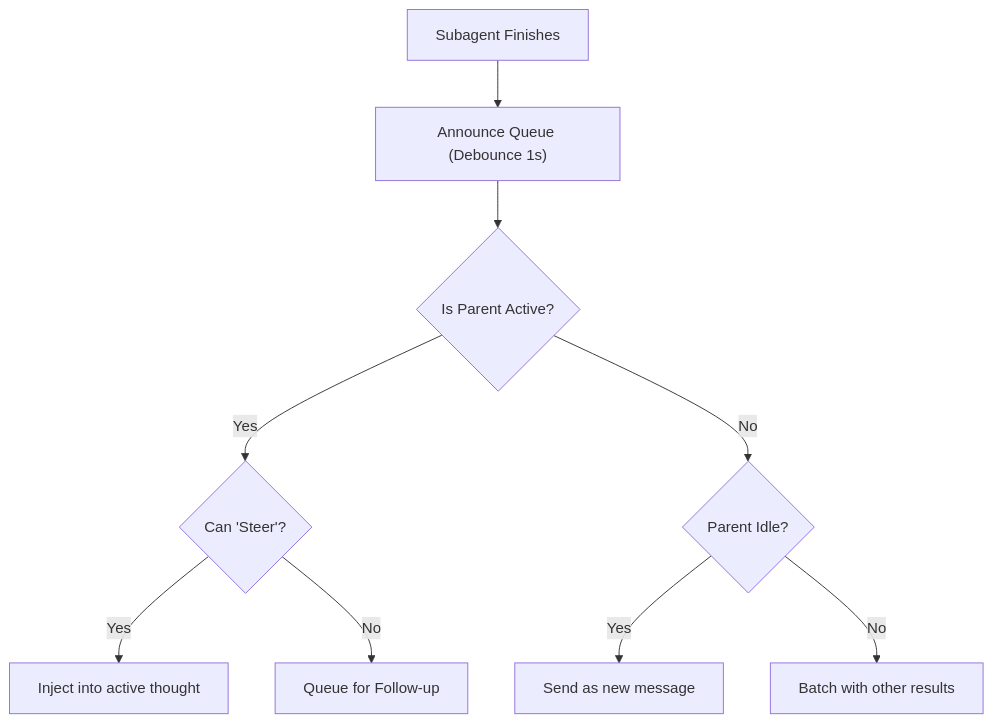
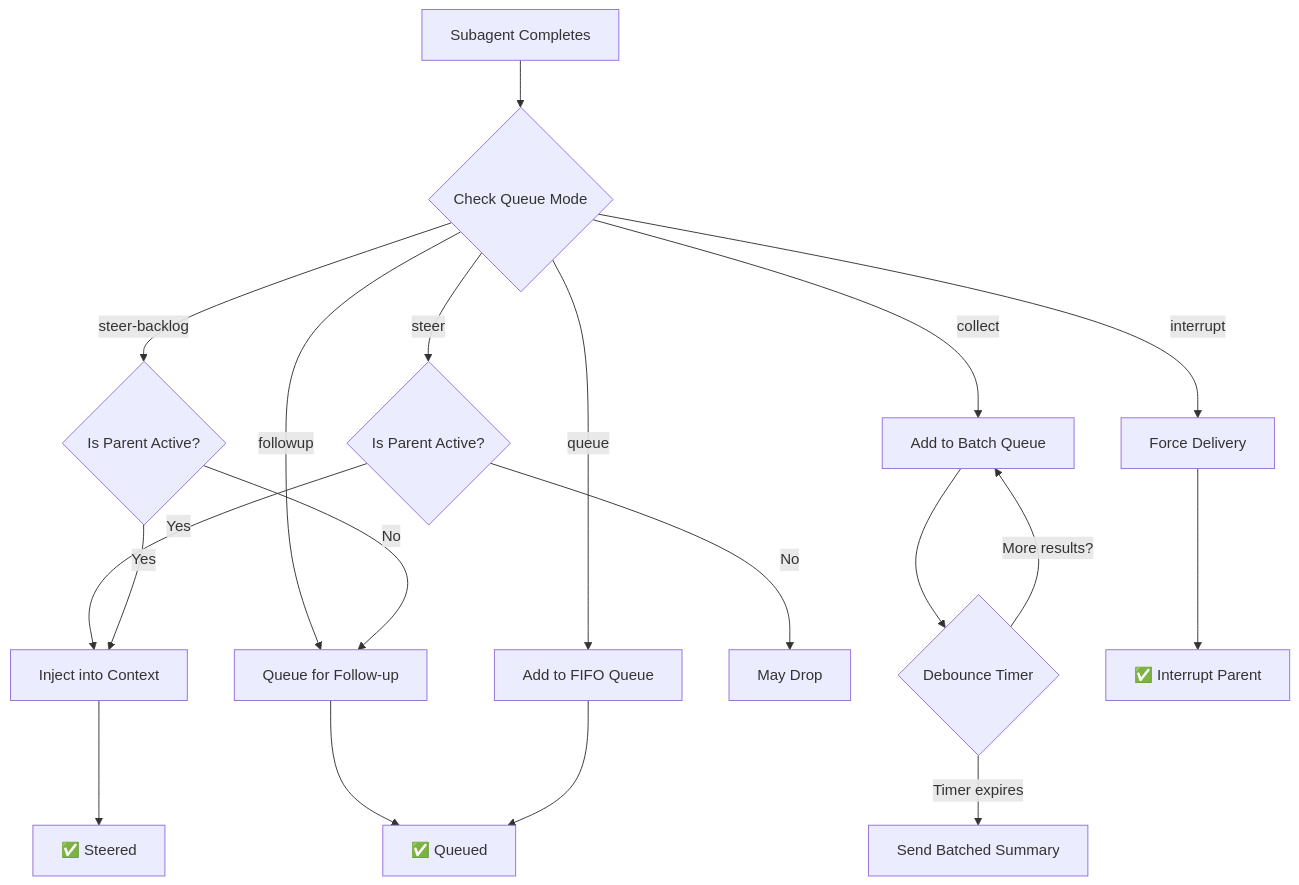
The first of 4 diagrams in details/queue-modes.md (rzafiamy/openclaw-architecture), drawn with Mermaid before and after one commit. The commit also changed other lines of this file and 12 other files, not shown here.

````diff
--- a/details/queue-modes.md
+++ b/details/queue-modes.md
@@ -20,13 +37,26 @@
 ```mermaid
-graph TD
-    Finish["Subagent Finishes"] --> Queue["Announce Queue (Debounce 1s)"]
-    Queue --> ParentStatus{"Is Parent Active?"}
+flowchart TD
+    A[Subagent Completes] --> B{Check Queue Mode}
     
-    ParentStatus -->|Yes| Steerable{"Can 'Steer'?"}
-    Steerable -->|Yes| Steer["Inject into active thought"]
-    Steerable -->|No| Backlog["Queue for Follow-up"]
+    B -->|steer| C{Is Parent Active?}
+    B -->|followup| D[Queue for Follow-up]
+    B -->|collect| E[Add to Batch Queue]
+    B -->|steer-backlog| F{Is Parent Active?}
+    B -->|interrupt| G[Force Delivery]
+    B -->|queue| H[Add to FIFO Queue]
     
-    ParentStatus -->|No| Idle{"Parent Idle?"}
-    Idle -->|Yes| Followup["Send as new message"]
-    Idle -->|No| Collect["Batch with other results"]
+    C -->|Yes| I[Inject into Context]
+    C -->|No| J[May Drop]
+    
+    F -->|Yes| I
+    F -->|No| D
+    
+    I --> K[✅ Steered]
+    D --> L[✅ Queued]
+    E --> M{Debounce Timer}
+    M -->|More results?| E
+    M -->|Timer expires| N[Send Batched Summary]
+    
+    G --> O[✅ Interrupt Parent]
+    H --> L
 ```
````
